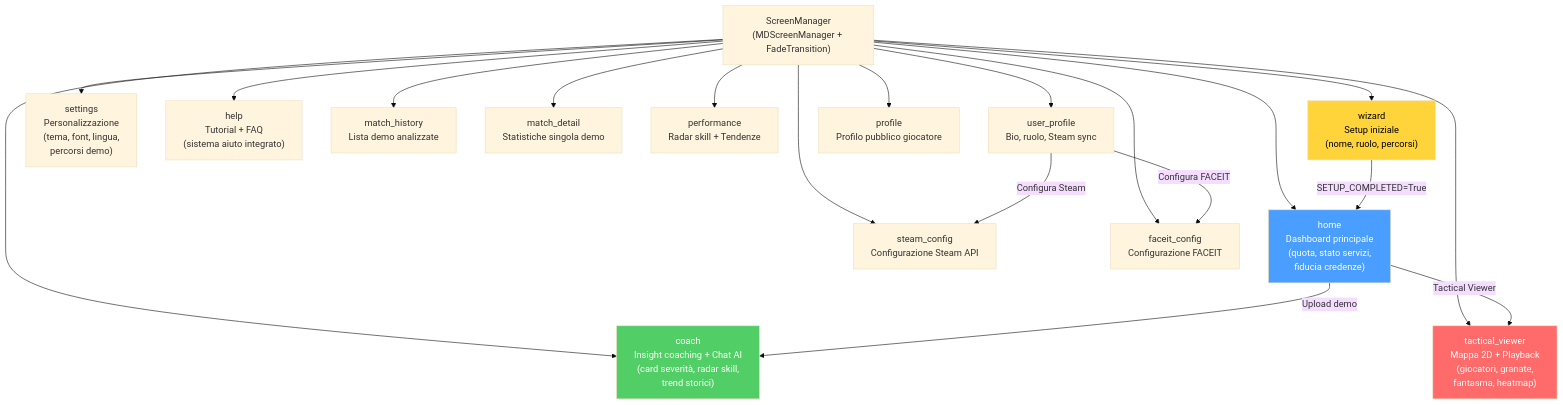
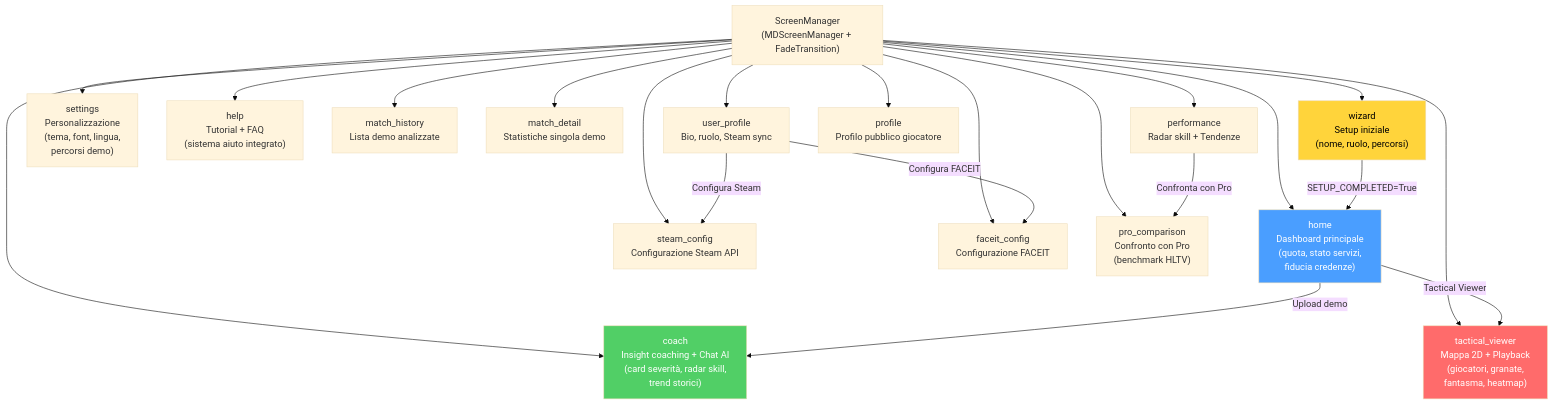
One commit to renanaugustomacena-ux/Counter-Strike-coach-AI changed diagram 15 of 55 in docs/books/Book-Coach-3.md. Above: the diagram before and after it, drawn with Mermaid (base theme). The commit also changed other lines of this file, not shown here.

````diff
--- a/docs/books/Book-Coach-3.md
+++ b/docs/books/Book-Coach-3.md
@@ -904,28 +918,30 @@
 ```mermaid
 flowchart TB
     SM["ScreenManager<br/>(MDScreenManager + FadeTransition)"]
     SM --> WIZ["wizard<br/>Setup iniziale<br/>(nome, ruolo, percorsi)"]
     SM --> HOME["home<br/>Dashboard principale<br/>(quota, stato servizi,<br/>fiducia credenze)"]
     SM --> COACH["coach<br/>Insight coaching + Chat AI<br/>(card severità, radar skill,<br/>trend storici)"]
     SM --> TV["tactical_viewer<br/>Mappa 2D + Playback<br/>(giocatori, granate,<br/>fantasma, heatmap)"]
     SM --> SETTINGS["settings<br/>Personalizzazione<br/>(tema, font, lingua,<br/>percorsi demo)"]
     SM --> HELP["help<br/>Tutorial + FAQ<br/>(sistema aiuto integrato)"]
     SM --> MH["match_history<br/>Lista demo analizzate"]
     SM --> MD["match_detail<br/>Statistiche singola demo"]
     SM --> PERF["performance<br/>Radar skill + Tendenze"]
     SM --> UP["user_profile<br/>Bio, ruolo, Steam sync"]
     SM --> PROF["profile<br/>Profilo pubblico giocatore"]
     SM --> STEAM["steam_config<br/>Configurazione Steam API"]
     SM --> FACEIT["faceit_config<br/>Configurazione FACEIT"]
+    SM --> PROCOMP["pro_comparison<br/>Confronto con Pro<br/>(benchmark HLTV)"]
 
     WIZ -->|"SETUP_COMPLETED=True"| HOME
     HOME -->|"Upload demo"| COACH
     HOME -->|"Tactical Viewer"| TV
     UP -->|"Configura Steam"| STEAM
     UP -->|"Configura FACEIT"| FACEIT
+    PERF -->|"Confronta con Pro"| PROCOMP
 
     style WIZ fill:#ffd43b,color:#000
     style HOME fill:#4a9eff,color:#fff
     style COACH fill:#51cf66,color:#fff
     style TV fill:#ff6b6b,color:#fff
 ```
````
